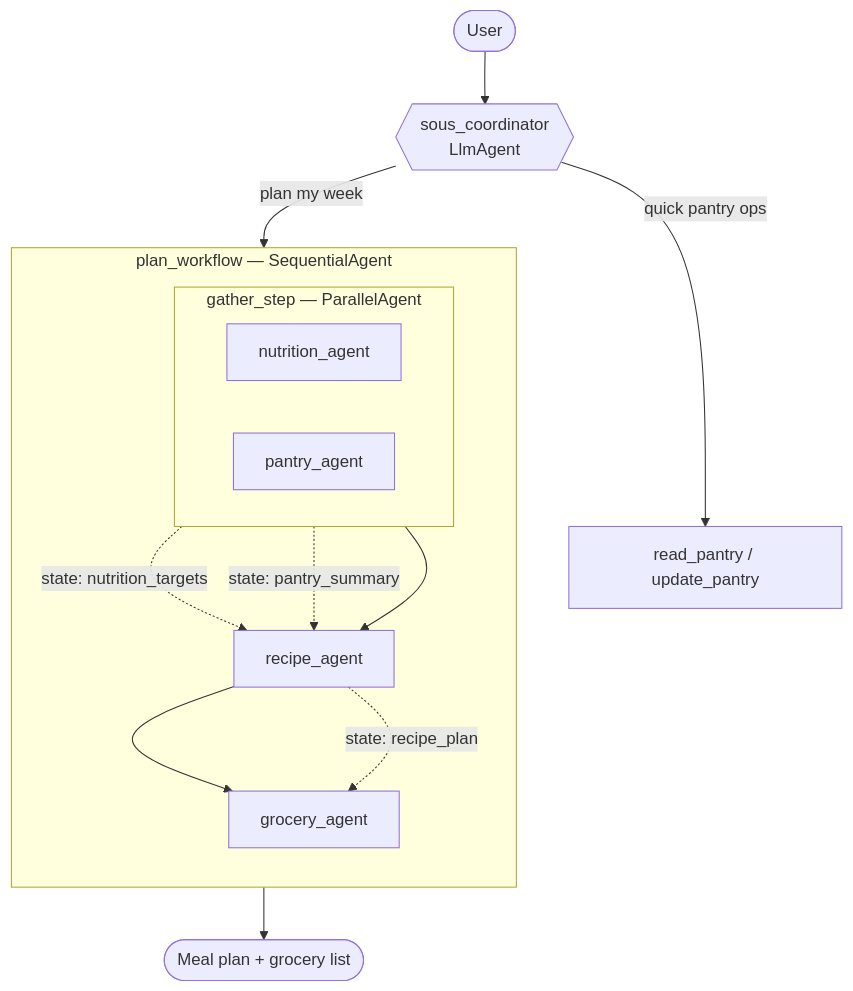
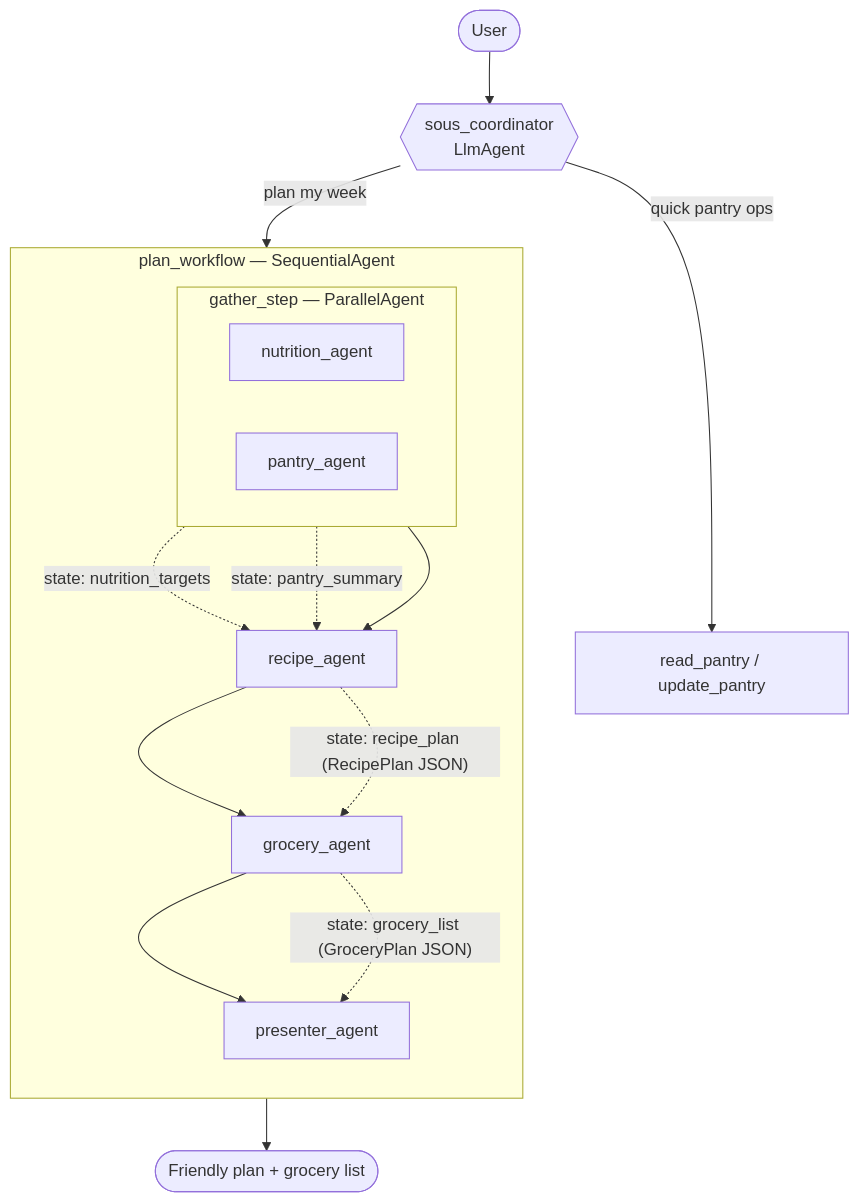
The diagram in docs/architecture.md (jth1911/jth-genai-L200), drawn with Mermaid before and after one commit. The commit also changed other lines of this file and 4 other files, not shown here.

````diff
--- a/docs/architecture.md
+++ b/docs/architecture.md
@@ -7,25 +7,27 @@
 ```mermaid
 flowchart TD
     U([User]) --> C{{sous_coordinator<br/>LlmAgent}}
     C -- "quick pantry ops" --> PT[read_pantry / update_pantry]
     C -- "plan my week" --> W[plan_workflow<br/>SequentialAgent]
 
     subgraph W [plan_workflow — SequentialAgent]
         direction TB
         G[gather_step — ParallelAgent]
         R[recipe_agent]
         GR[grocery_agent]
-        G --> R --> GR
+        PR[presenter_agent]
+        G --> R --> GR --> PR
     end
 
     subgraph G [gather_step — ParallelAgent]
         direction LR
         N[nutrition_agent] 
         P[pantry_agent]
     end
 
     N -. "state: nutrition_targets" .-> R
     P -. "state: pantry_summary" .-> R
-    R -. "state: recipe_plan" .-> GR
-    GR --> OUT([Meal plan + grocery list])
+    R -. "state: recipe_plan (RecipePlan JSON)" .-> GR
+    GR -. "state: grocery_list (GroceryPlan JSON)" .-> PR
+    PR --> OUT([Friendly plan + grocery list])
 ```
````
